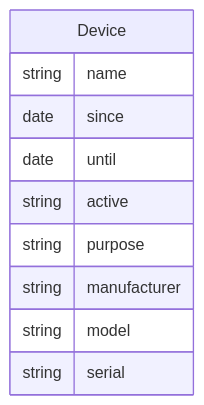
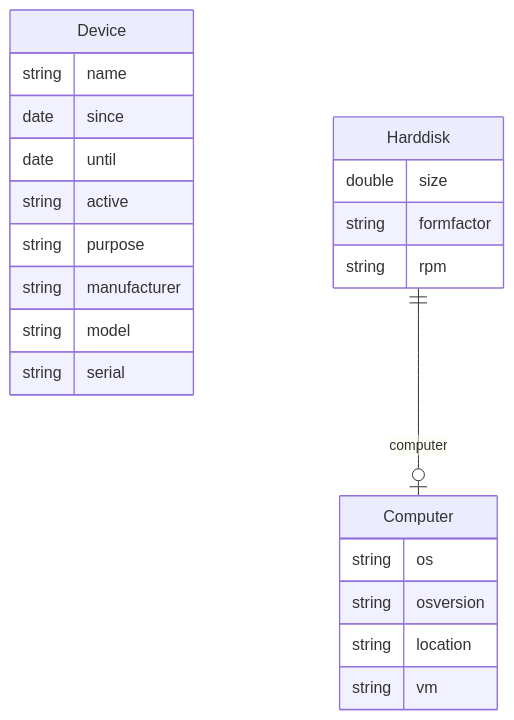
The diagram in examples/infrastructure/infrastructure.mermaid (WolfgangFahl/pyMetaModel), drawn with Mermaid before and after one commit. The commit also changed 14 other files, not shown here.

Commit message:
handles inheritance in plantuml

````diff
--- a/examples/infrastructure/infrastructure.mermaid
+++ b/examples/infrastructure/infrastructure.mermaid
@@ -1,16 +1,27 @@
 ```mermaid
 erDiagram
 Device {
     string name  
     date since  
     date until  
     string active  
     string purpose  
     string manufacturer  
     string model  
     string serial  
 }
+Computer {
+    string os  
+    string osversion  
+    string location  
+    string vm  
+}
+Harddisk {
+    double size  
+    string formfactor  
+    string rpm  
+}
 
-
+Harddisk ||--|o Computer : "computer"
 
 ```
````
